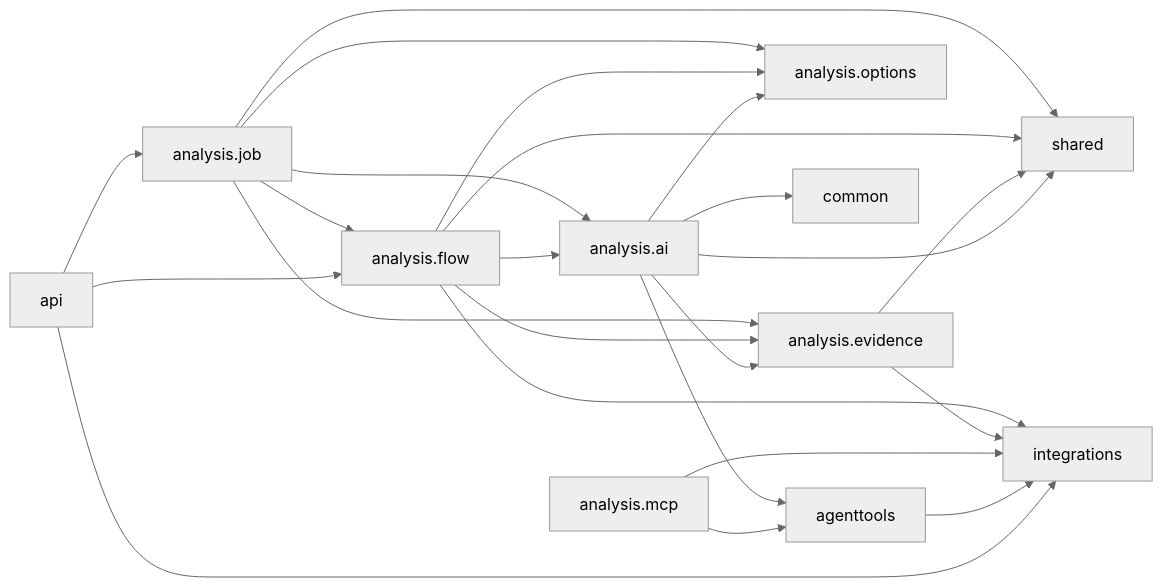
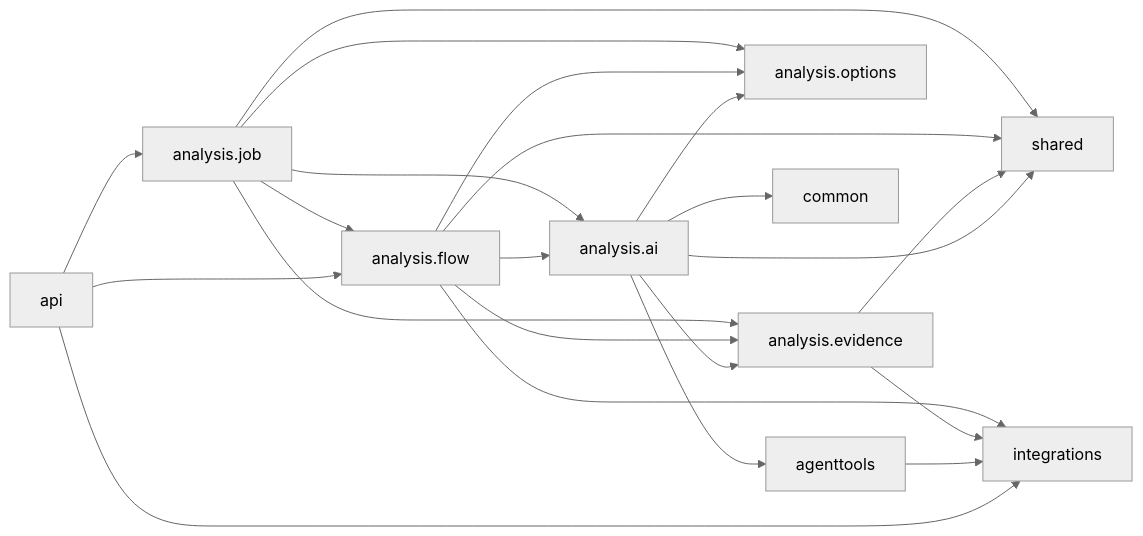
The second of 2 diagrams in docs/architecture/05-package-dependencies.md (herald-assistant/incident-tracker), drawn with Mermaid (neutral theme) before and after one commit. The commit also changed other lines of this file and 18 other files, not shown here.

Commit message:
Move Database MCP tools to agenttools

````diff
--- a/docs/architecture/05-package-dependencies.md
+++ b/docs/architecture/05-package-dependencies.md
@@ -135,31 +135,29 @@
 ```mermaid
 flowchart LR
     JOB["analysis.job"] --> FLOW["analysis.flow"]
     JOB --> AI["analysis.ai"]
     JOB --> EVIDENCE["analysis.evidence"]
     JOB --> OPTIONS["analysis.options"]
     JOB --> SHARED["shared"]
 
     FLOW --> EVIDENCE
     FLOW --> AI
     FLOW --> OPTIONS
     FLOW --> INTEGRATIONS["integrations"]
     FLOW --> SHARED
 
     EVIDENCE --> INTEGRATIONS["integrations"]
     EVIDENCE --> SHARED
 
     AI --> AGENTTOOLS["agenttools"]
     AI --> EVIDENCE
     AI --> OPTIONS
     AI --> COMMON["common"]
     AI --> SHARED
 
-    MCP["analysis.mcp"] --> INTEGRATIONS
-    MCP --> AGENTTOOLS
     AGENTTOOLS --> INTEGRATIONS
 
     API["api"] --> INTEGRATIONS
     API --> FLOW
     API --> JOB
 ```
````
